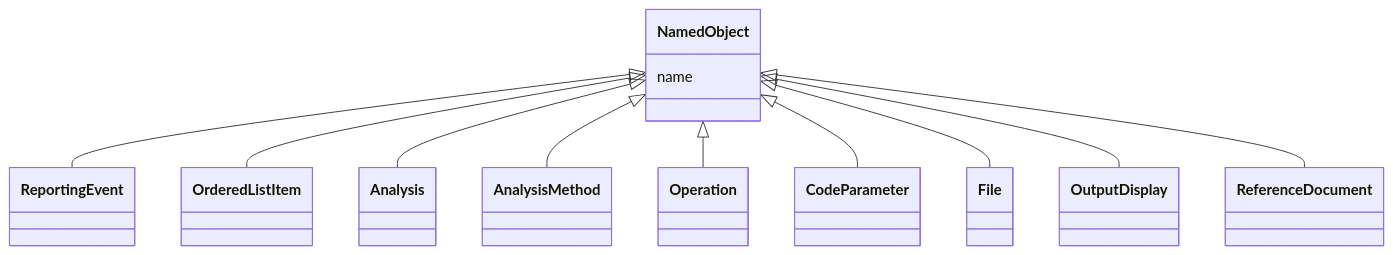
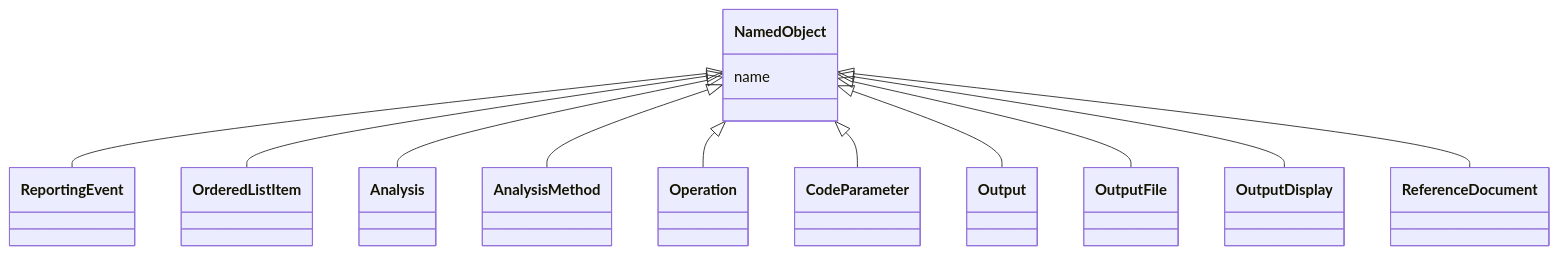
Before and after one commit to cdisc-org/analysis-results-standard: the diagram in project/docs/NamedObject.md, drawn with Mermaid. The commit also changed other lines of this file and 303 other files, not shown here.

````diff
--- a/project/docs/NamedObject.md
+++ b/project/docs/NamedObject.md
@@ -11,17 +11,18 @@
 ```mermaid
  classDiagram
     class NamedObject
       NamedObject <|-- ReportingEvent
       NamedObject <|-- OrderedListItem
       NamedObject <|-- Analysis
       NamedObject <|-- AnalysisMethod
       NamedObject <|-- Operation
       NamedObject <|-- CodeParameter
-      NamedObject <|-- File
+      NamedObject <|-- Output
+      NamedObject <|-- OutputFile
       NamedObject <|-- OutputDisplay
       NamedObject <|-- ReferenceDocument
       
       NamedObject : name
         
       
 ```
````
